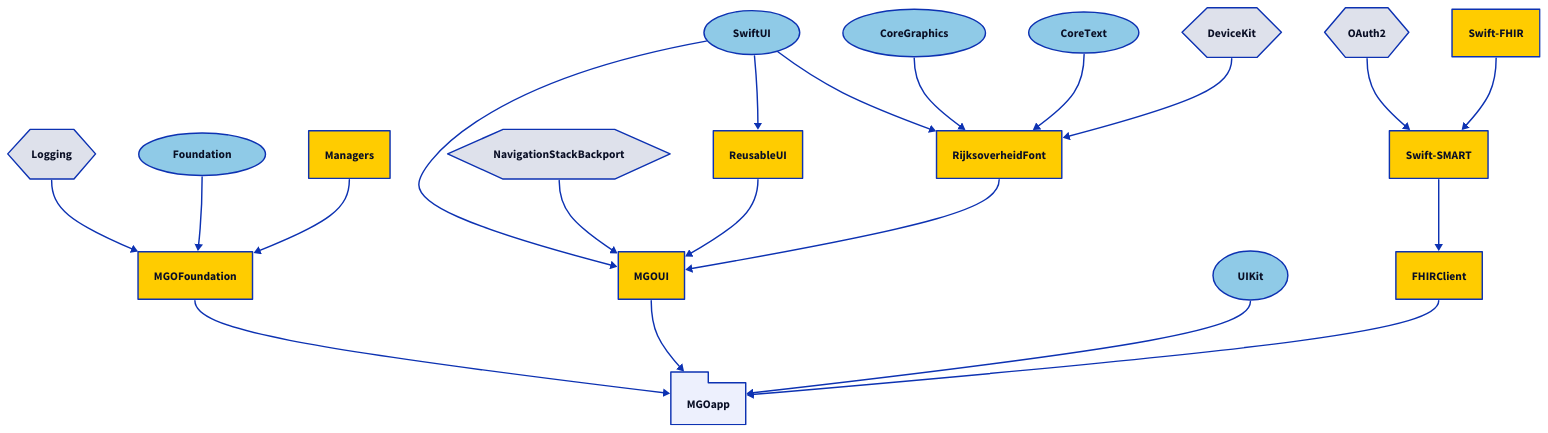
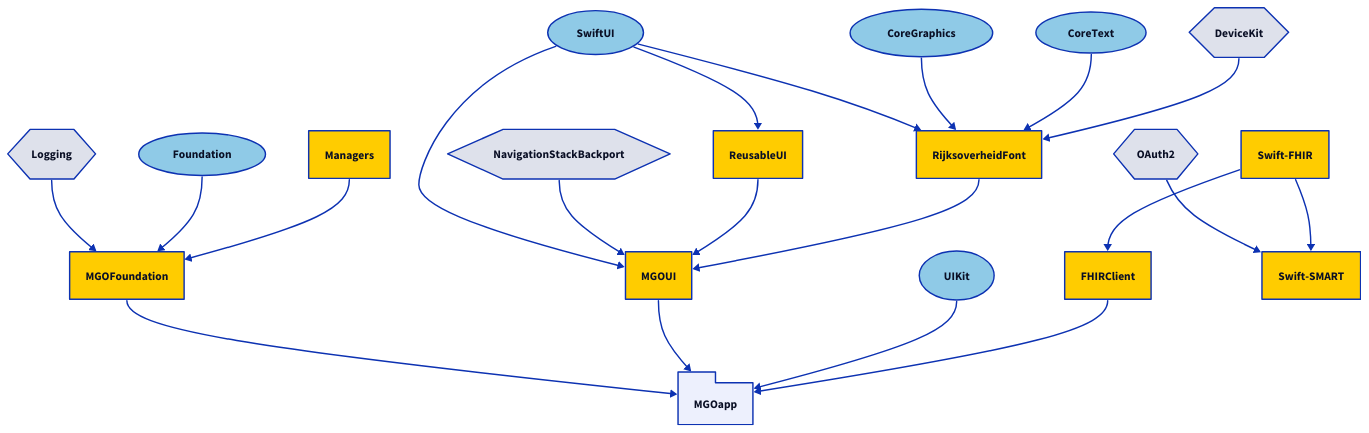
The diagram in Diagrams/packages-withouttests.d2 (minvws/nl-mgo-app-ios), drawn with D2 before and after one commit. The commit also changed 1 other file, not shown here.

Commit message:
doc: Updated diagram with the FHIR and SMART package

```diff
--- a/Diagrams/packages-withouttests.d2
+++ b/Diagrams/packages-withouttests.d2
@@ -1,81 +1,81 @@
 direction: down
 
 # Apple
 UIKit: {
   shape: oval
   style.fill: "#8FCAE7"
 }
 SwiftUI: {
   shape: oval
   style.fill: "#8FCAE7"
 }
 Foundation: {
   shape: oval
   style.fill: "#8FCAE7"
 }
 CoreGraphics: {
   shape: oval
   style.fill: "#8FCAE7"
 }
 CoreText: {
   shape: oval
   style.fill: "#8FCAE7"
 }
 
 # Third-Party
 NavigationStackBackport: {
   shape: hexagon
 }
 Logging: {
   shape: hexagon
 }
 DeviceKit: {
   shape: hexagon
 }
 OAuth2: {
 	shape: hexagon
 }
 
 # The application
 
 MGOapp: {
   shape: package
 }
 
 MGOapp <- MGOFoundation
 MGOapp <- MGOUI
 MGOapp <- UIKit
 MGOapp <- FHIRClient
 
 # - Packages -
 
 MGOFoundation { style.fill: "#ffcc00" }
 MGOFoundation <- Logging
 MGOFoundation <- Foundation
 MGOFoundation <- Managers
 
 MGOUI { style.fill: "#ffcc00" }
 MGOUI <- SwiftUI
 MGOUI <- NavigationStackBackport
 MGOUI <- ReusableUI
 MGOUI <- RijksoverheidFont
 
 Managers { style.fill: "#ffcc00" }
 
 RijksoverheidFont { style.fill: "#ffcc00" }
 RijksoverheidFont <- SwiftUI
 RijksoverheidFont <- CoreGraphics
 RijksoverheidFont <- CoreText
 RijksoverheidFont <- DeviceKit
 
 ReusableUI { style.fill: "#ffcc00" }
 ReusableUI <- SwiftUI
 
 FHIRClient { style.fill: "#ffcc00" }
-FHIRClient <- Swift-SMART
+FHIRClient <- Swift-FHIR
 
 Swift-FHIR { style.fill: "#ffcc00" }
 
 Swift-SMART { style.fill: "#ffcc00" }
 Swift-SMART <- OAuth2
 Swift-SMART <- Swift-FHIR
```
